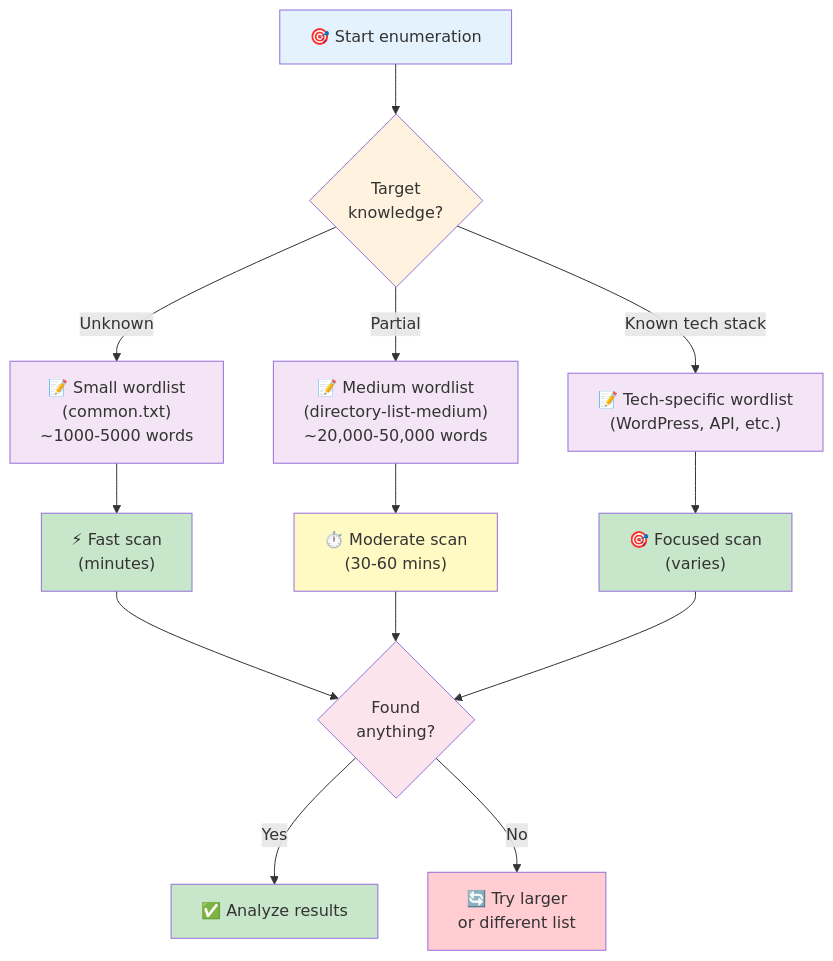
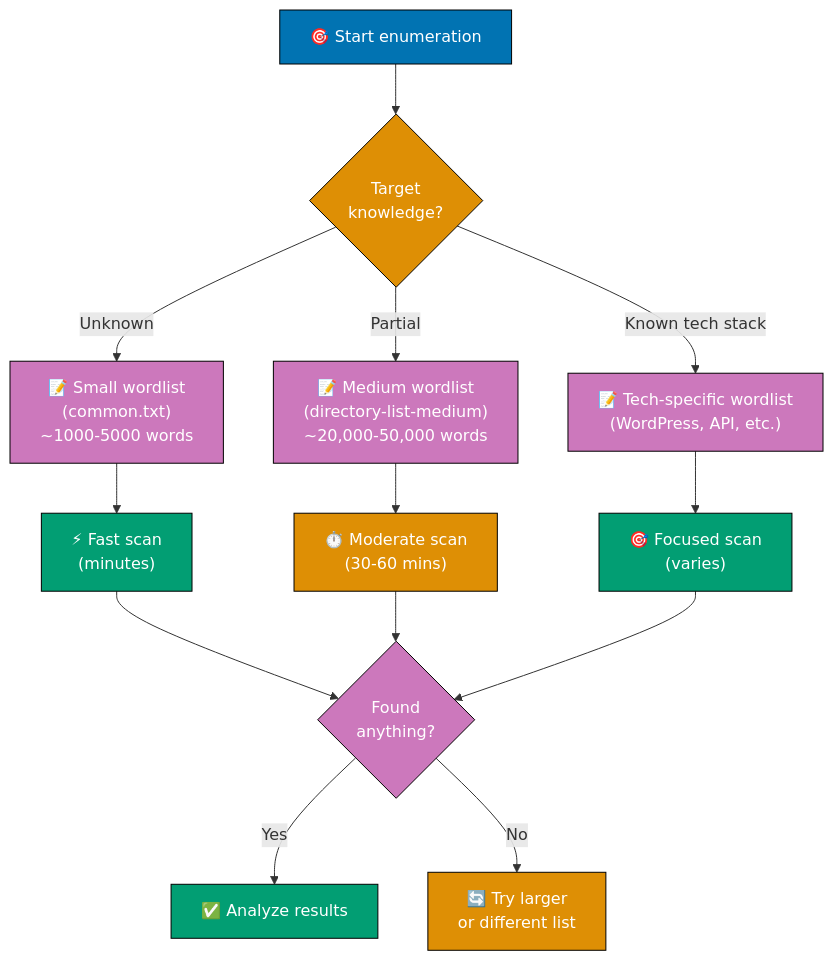
The second of 3 diagrams in docs/explanation/information-security/toolings/ex-inse-to__gobuster.md (wahidyankf/open-sharia-enterprise), drawn with Mermaid before and after one commit. The commit also changed other lines of this file and 22 other files, not shown here.

First line of the commit message:
docs(diagrams): ensure all mermaid diagrams use color-blind friendly palette

````diff
--- a/docs/explanation/information-security/toolings/ex-inse-to__gobuster.md
+++ b/docs/explanation/information-security/toolings/ex-inse-to__gobuster.md
@@ -287,30 +293,30 @@
 ```mermaid
 graph TD
 	A["🎯 Start enumeration"] --> B{"Target<br/>knowledge?"}
 	B -->|Unknown| C["📝 Small wordlist<br/>(common.txt)<br/>~1000-5000 words"]
 	B -->|Partial| D["📝 Medium wordlist<br/>(directory-list-medium)<br/>~20,000-50,000 words"]
 	B -->|Known tech stack| E["📝 Tech-specific wordlist<br/>(WordPress, API, etc.)"]
 
 	C --> F["⚡ Fast scan<br/>(minutes)"]
 	D --> G["⏱️ Moderate scan<br/>(30-60 mins)"]
 	E --> H["🎯 Focused scan<br/>(varies)"]
 
 	F --> I{"Found<br/>anything?"}
 	G --> I
 	H --> I
 
 	I -->|Yes| J["✅ Analyze results"]
 	I -->|No| K["🔄 Try larger<br/>or different list"]
 
-	style A fill:#e3f2fd
-	style B fill:#fff3e0
-	style C fill:#f3e5f5
-	style D fill:#f3e5f5
-	style E fill:#f3e5f5
-	style F fill:#c8e6c9
-	style G fill:#fff9c4
-	style H fill:#c8e6c9
-	style I fill:#fce4ec
-	style J fill:#c8e6c9
-	style K fill:#ffcdd2
+	style A fill:#0173B2,stroke:#000000,color:#FFFFFF
+	style B fill:#DE8F05,stroke:#000000,color:#FFFFFF
+	style C fill:#CC78BC,stroke:#000000,color:#FFFFFF
+	style D fill:#CC78BC,stroke:#000000,color:#FFFFFF
+	style E fill:#CC78BC,stroke:#000000,color:#FFFFFF
+	style F fill:#029E73,stroke:#000000,color:#FFFFFF
+	style G fill:#DE8F05,stroke:#000000,color:#FFFFFF
+	style H fill:#029E73,stroke:#000000,color:#FFFFFF
+	style I fill:#CC78BC,stroke:#000000,color:#FFFFFF
+	style J fill:#029E73,stroke:#000000,color:#FFFFFF
+	style K fill:#DE8F05,stroke:#000000,color:#FFFFFF
 ```
````
